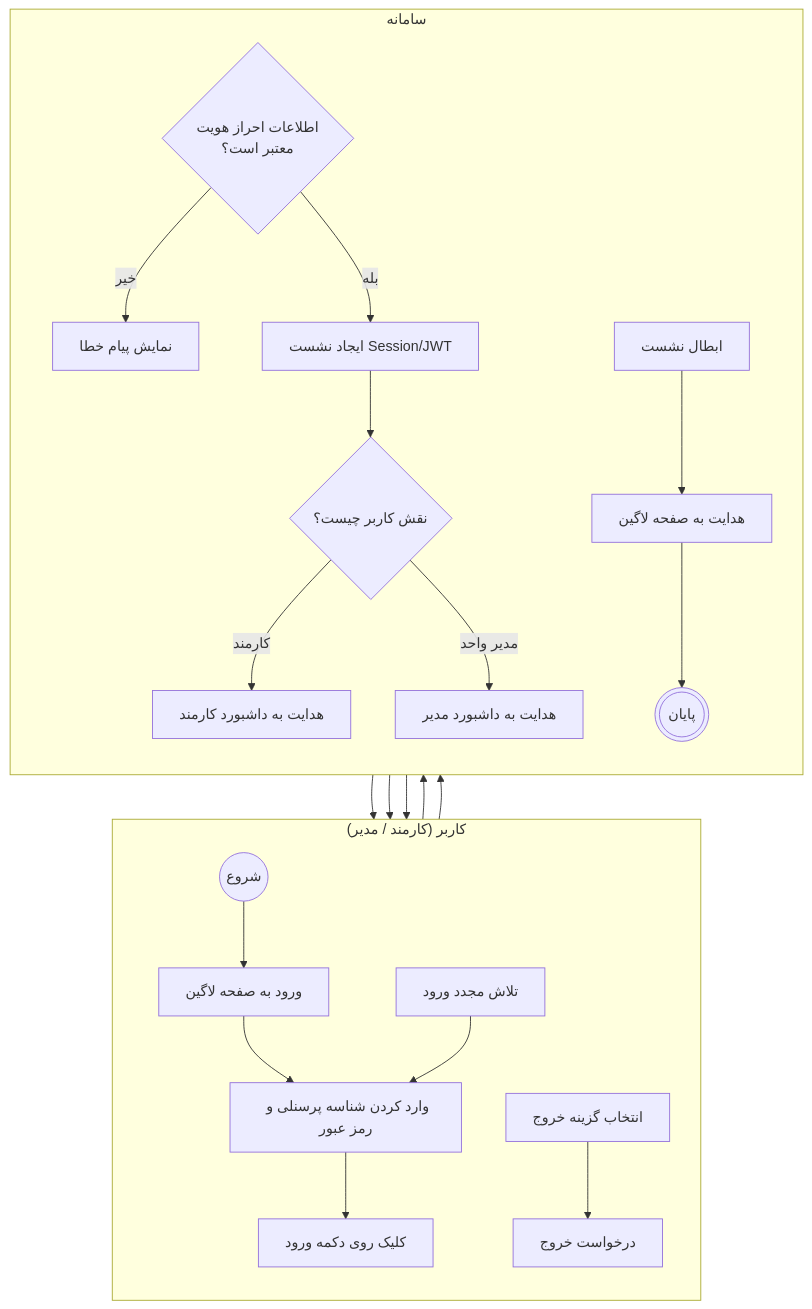
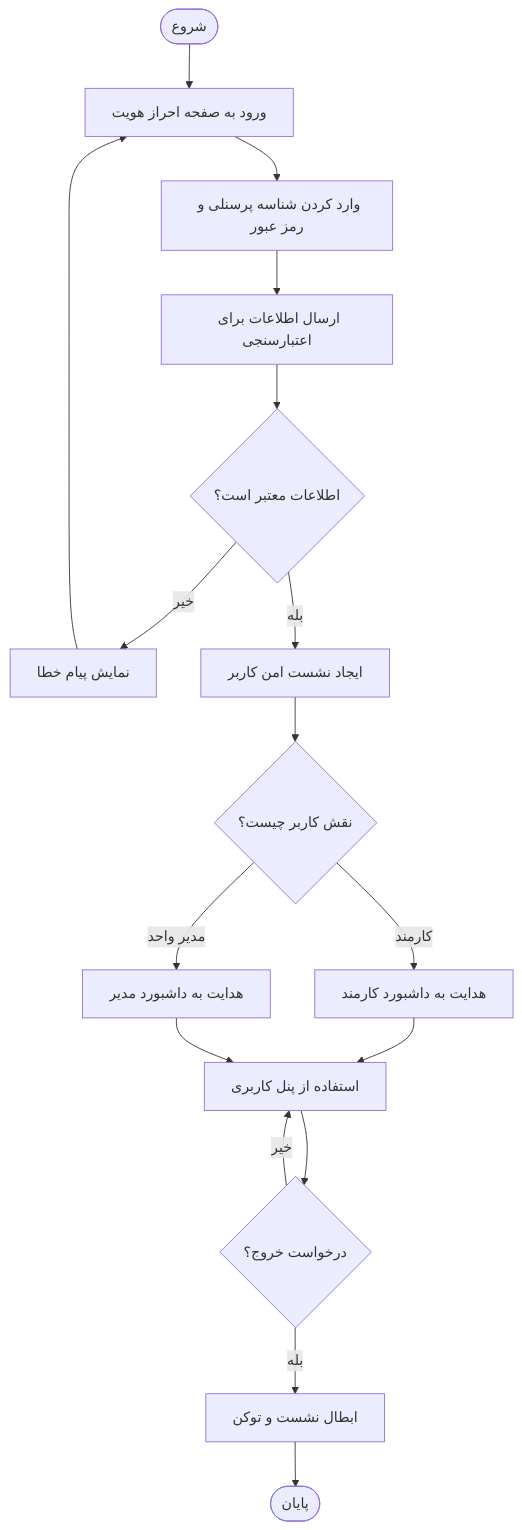
One commit to amirhosseinghaderi90-cmd/Ghaf changed the diagram in docs/ActiveDiagram/AD_FR_EPIC_01.md. Above: the diagram before and after it, drawn with Mermaid.

````diff
--- a/docs/ActiveDiagram/AD_FR_EPIC_01.md
+++ b/docs/ActiveDiagram/AD_FR_EPIC_01.md
@@ -1,48 +1,24 @@
 ```mermaid
 flowchart TD
-    subgraph User ["کاربر (کارمند / مدیر)"]
-        direction TB
-        Start((شروع)) --> A[ورود به صفحه لاگین]
-        A --> B[وارد کردن شناسه پرسنلی و رمز عبور]
-        B --> C[کلیک روی دکمه ورود]
-        
-        C_Retry[تلاش مجدد ورود] --> B
-        
-        Logout[انتخاب گزینه خروج] --> Logout_Action[درخواست خروج]
-    end
+    A([شروع]) --> B[ورود به صفحه احراز هویت]
+    B --> C[وارد کردن شناسه پرسنلی و رمز عبور]
+    C --> D[ارسال اطلاعات برای اعتبارسنجی]
+    D --> E{اطلاعات معتبر است؟}
 
-    subgraph System ["سامانه"]
-        direction TB
-        D{اطلاعات احراز هویت<br>معتبر است؟}
-        E[نمایش پیام خطا]
-        
-        F[ایجاد نشست Session/JWT]
-        G{نقش کاربر چیست؟}
-        
-        H[هدایت به داشبورد کارمند]
-        I[هدایت به داشبورد مدیر]
-        
-        J[ابطال نشست]
-        K[هدایت به صفحه لاگین]
-        
-        End(((پایان)))
-    end
+    E -- خیر --> F[نمایش پیام خطا]
+    F --> B
 
-    %% ارتباط بین کاربر و سامانه
-    C --> D
-    D -->|خیر| E
-    E --> C_Retry
-    
-    D -->|بله| F
-    F --> G
-    
-    G -->|کارمند| H
-    G -->|مدیر واحد| I
-    
-    H --> Logout
-    I --> Logout
-    
-    Logout_Action --> J
+    E -- بله --> G[ایجاد نشست امن کاربر]
+    G --> H{نقش کاربر چیست؟}
+
+    H -- کارمند --> I[هدایت به داشبورد کارمند]
+    H -- مدیر واحد --> J[هدایت به داشبورد مدیر]
+
+    I --> K[استفاده از پنل کاربری]
     J --> K
-    K --> End
+
+    K --> L{درخواست خروج؟}
+    L -- خیر --> K
+    L -- بله --> M[ابطال نشست و توکن]
+    M --> N([پایان])
 ```
````
